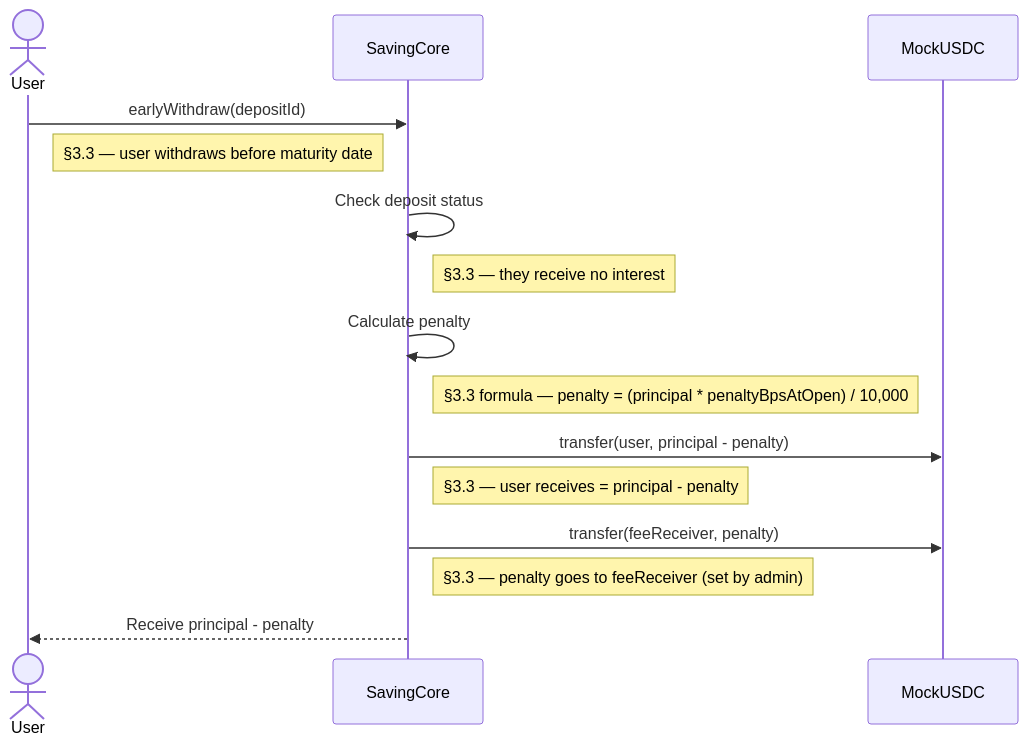
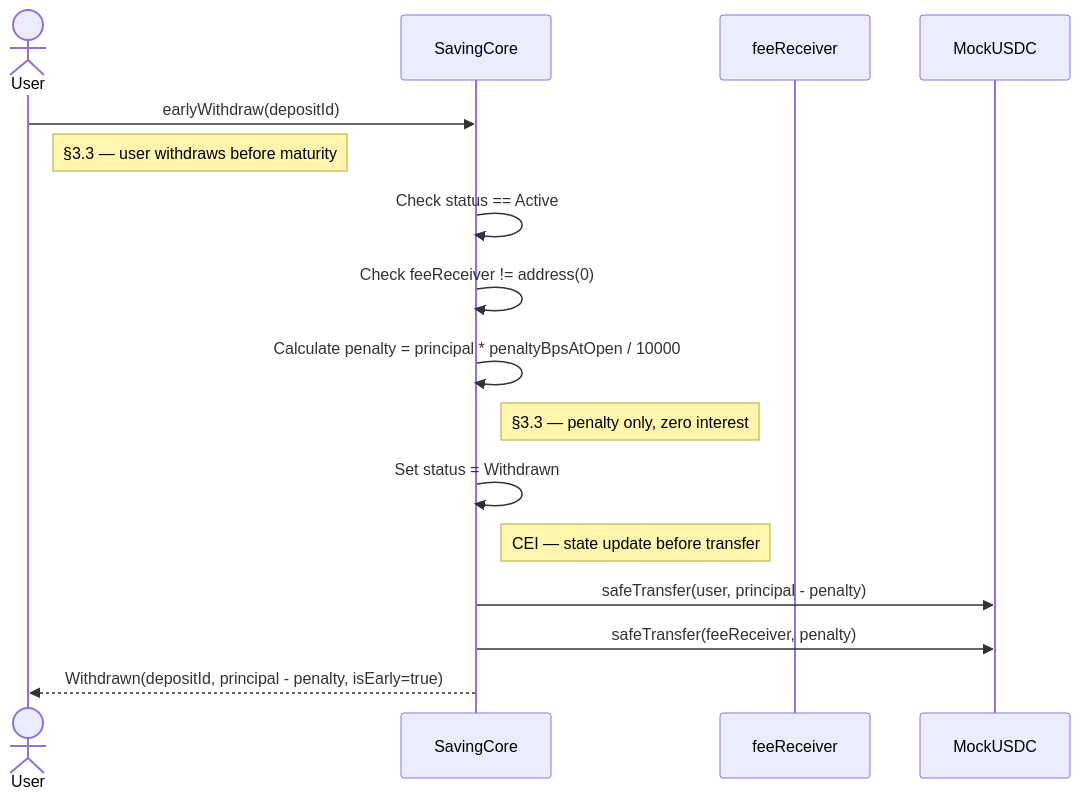
Before and after one commit to yang-sin-pal/AC_BlockChain_Online_Saving: the third of 14 diagrams in docs/diagrams/sequence-diagram.md, drawn with Mermaid. The commit also changed other lines of this file and 2 other files, not shown here.

First line of the commit message:
Enhance sequence and use case diagrams for Online Saving System

````diff
--- a/docs/diagrams/sequence-diagram.md
+++ b/docs/diagrams/sequence-diagram.md
@@ -78,23 +75,24 @@
 ```mermaid
 sequenceDiagram
     actor User
     participant Core as SavingCore
+    participant feeR as feeReceiver
     participant USDC as MockUSDC
 
     User->>Core: earlyWithdraw(depositId)
-    Note right of User: §3.3 — user withdraws before maturity date
+    Note right of User: §3.3 — user withdraws before maturity
 
-    Core->>Core: Check deposit status
-    Note right of Core: §3.3 — they receive no interest
+    Core->>Core: Check status == Active
+    Core->>Core: Check feeReceiver != address(0)
 
-    Core->>Core: Calculate penalty
-    Note right of Core: §3.3 formula — penalty = (principal * penaltyBpsAtOpen) / 10,000
+    Core->>Core: Calculate penalty = principal * penaltyBpsAtOpen / 10000
+    Note right of Core: §3.3 — penalty only, zero interest
 
-    Core->>USDC: transfer(user, principal - penalty)
-    Note right of Core: §3.3 — user receives = principal - penalty
+    Core->>Core: Set status = Withdrawn
+    Note right of Core: CEI — state update before transfer
 
-    Core->>USDC: transfer(feeReceiver, penalty)
-    Note right of Core: §3.3 — penalty goes to feeReceiver (set by admin)
+    Core->>USDC: safeTransfer(user, principal - penalty)
+    Core->>USDC: safeTransfer(feeReceiver, penalty)
 
-    Core-->>User: Receive principal - penalty
+    Core-->>User: Withdrawn(depositId, principal - penalty, isEarly=true)
 ```
````
